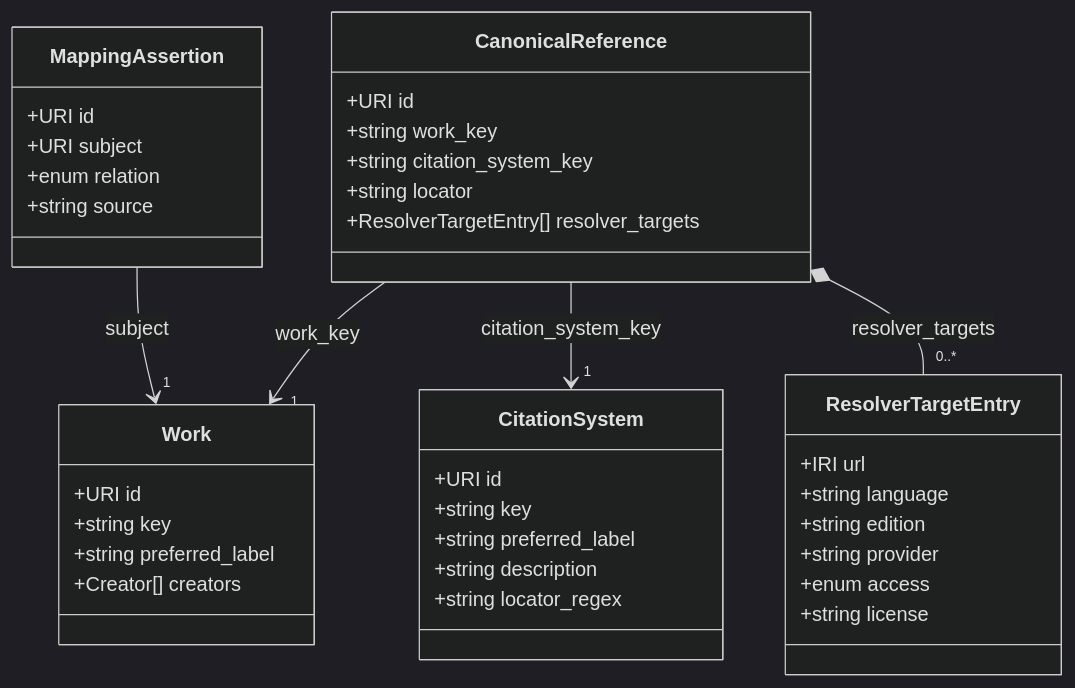
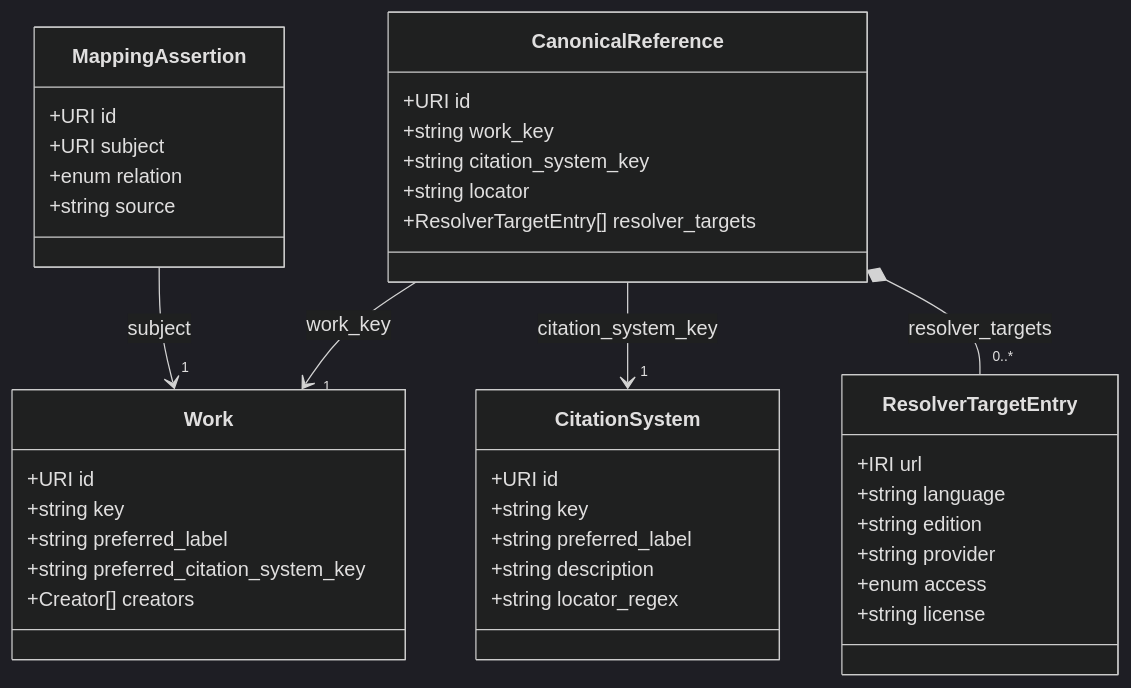
The diagram in src/content/docs/standard/specification.md (maehr/textrefs.org), drawn with Mermaid (dark theme) before and after one commit. The commit also changed other lines of this file, not shown here.

````diff
--- a/src/content/docs/standard/specification.md
+++ b/src/content/docs/standard/specification.md
@@ -65,41 +65,42 @@
 ```mermaid
 classDiagram
     class Work {
         +URI id
         +string key
         +string preferred_label
+        +string preferred_citation_system_key
         +Creator[] creators
     }
     class CitationSystem {
         +URI id
         +string key
         +string preferred_label
         +string description
         +string locator_regex
     }
     class CanonicalReference {
         +URI id
         +string work_key
         +string citation_system_key
         +string locator
         +ResolverTargetEntry[] resolver_targets
     }
     class ResolverTargetEntry {
         +IRI url
         +string language
         +string edition
         +string provider
         +enum access
         +string license
     }
     class MappingAssertion {
         +URI id
         +URI subject
         +enum relation
         +string source
     }
     CanonicalReference --> "1" Work : work_key
     CanonicalReference --> "1" CitationSystem : citation_system_key
     CanonicalReference *-- "0..*" ResolverTargetEntry : resolver_targets
     MappingAssertion --> "1" Work : subject
 ```
````
